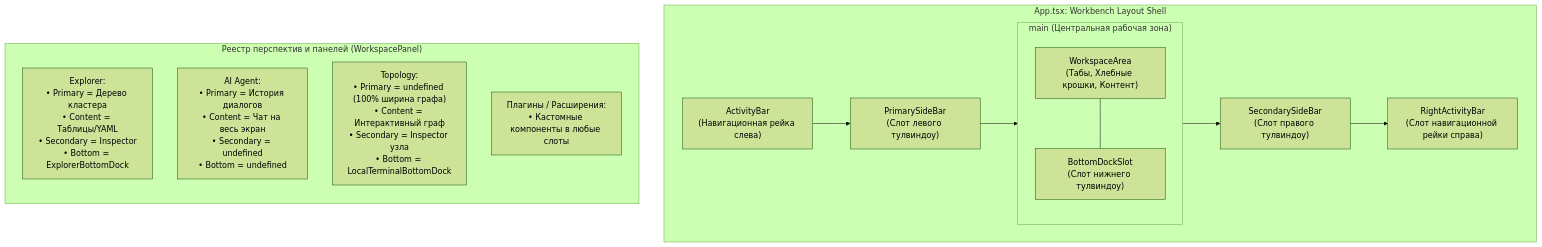
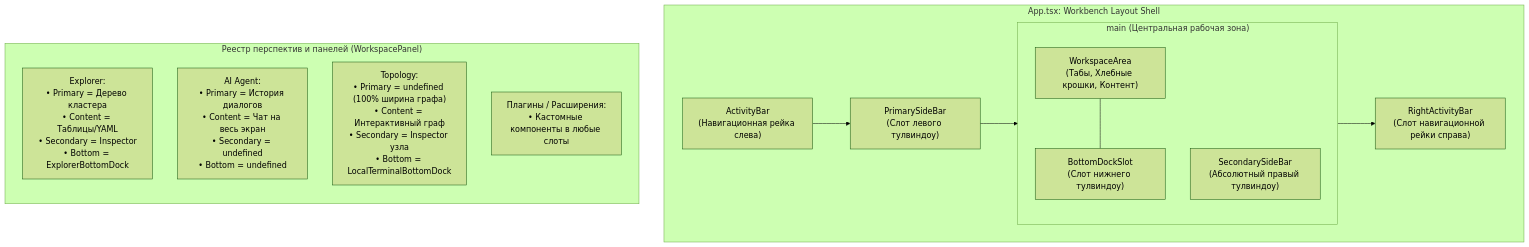
The diagram in docs/decisions/004-workbench-layout-shell-and-perspective-panels.md (JustYarick/kubiki), drawn with Mermaid (forest theme) before and after one commit. The commit also changed other lines of this file and 52 other files, not shown here.

````diff
--- a/docs/decisions/004-workbench-layout-shell-and-perspective-panels.md
+++ b/docs/decisions/004-workbench-layout-shell-and-perspective-panels.md
@@ -25,26 +25,26 @@
 ```mermaid
 flowchart TD
     subgraph AppFrame["App.tsx: Workbench Layout Shell"]
         direction LR
         LAB["ActivityBar<br/>(Навигационная рейка слева)"]
         PSB["PrimarySideBar<br/>(Слот левого тулвиндоу)"]
         subgraph CentralMain["main (Центральная рабочая зона)"]
             direction TB
             WA["WorkspaceArea<br/>(Табы, Хлебные крошки, Контент)"]
             BDS["BottomDockSlot<br/>(Слот нижнего тулвиндоу)"]
+            SSB["SecondarySideBar<br/>(Абсолютный правый тулвиндоу)"]
             WA --- BDS
         end
-        SSB["SecondarySideBar<br/>(Слот правого тулвиндоу)"]
         RAB["RightActivityBar<br/>(Слот навигационной рейки справа)"]
 
-        LAB --> PSB --> CentralMain --> SSB --> RAB
+        LAB --> PSB --> CentralMain --> RAB
     end
 
     subgraph PanelRegistry["Реестр перспектив и панелей (WorkspacePanel)"]
         direction TB
         P_Exp["Explorer:<br/>• Primary = Дерево кластера<br/>• Content = Таблицы/YAML<br/>• Secondary = Inspector<br/>• Bottom = ExplorerBottomDock"]
         P_AI["AI Agent:<br/>• Primary = История диалогов<br/>• Content = Чат на весь экран<br/>• Secondary = undefined<br/>• Bottom = undefined"]
         P_Topo["Topology:<br/>• Primary = undefined (100% ширина графа)<br/>• Content = Интерактивный граф<br/>• Secondary = Inspector узла<br/>• Bottom = LocalTerminalBottomDock"]
         P_Custom["Плагины / Расширения:<br/>• Кастомные компоненты в любые слоты"]
     end
 ```
````
